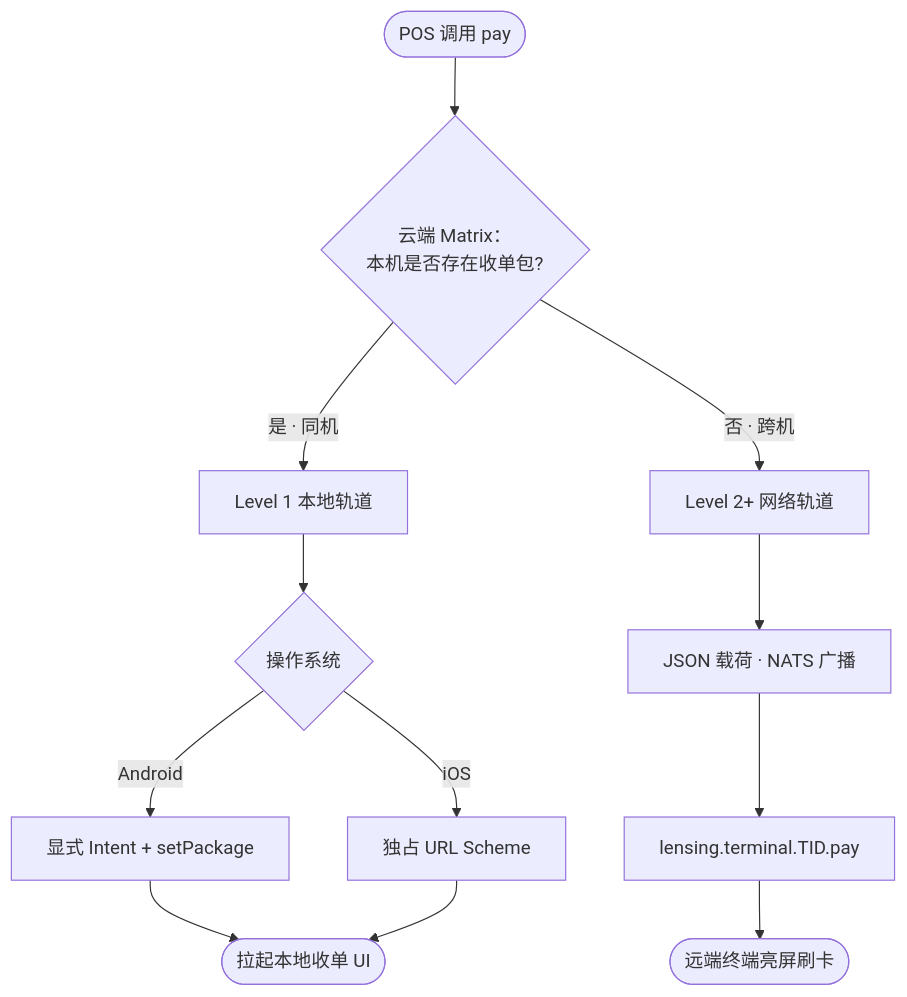
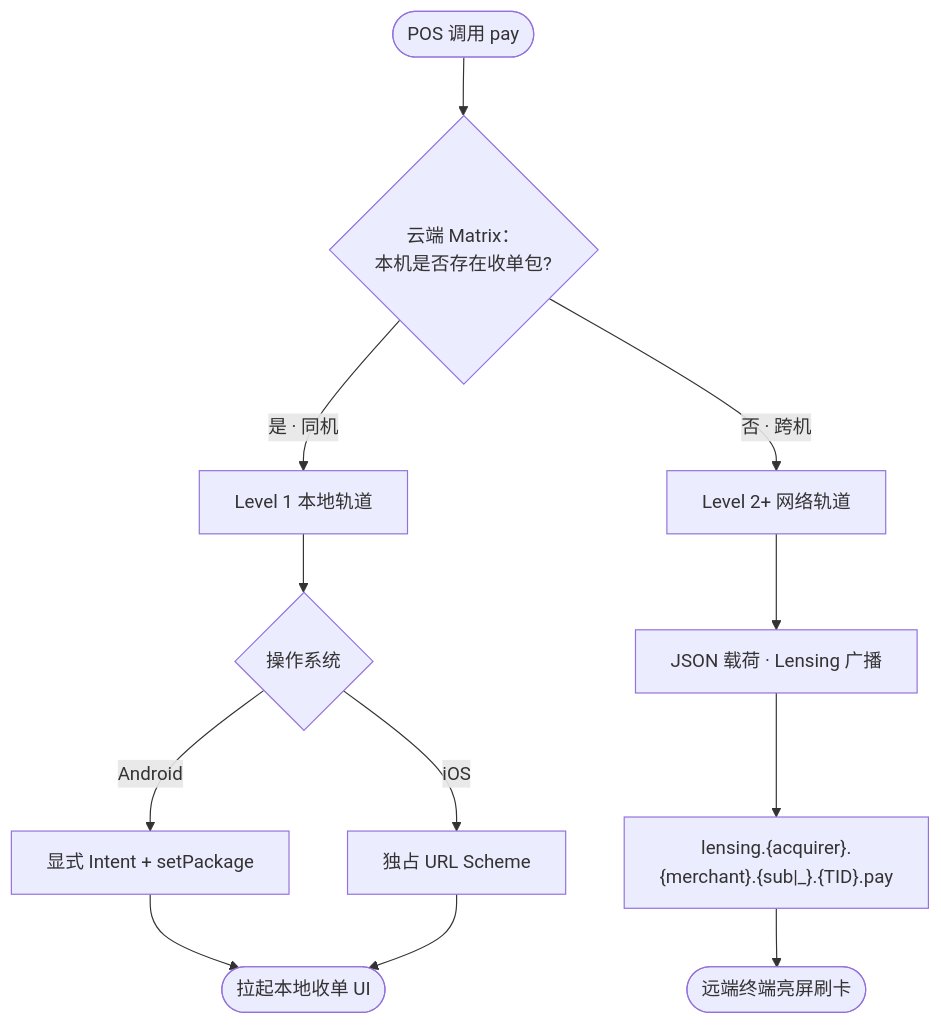
The second of 2 diagrams in README_cn.md (posrouter/protocol-specs), drawn with Mermaid before and after one commit. The commit also changed other lines of this file and 9 other files, not shown here.

````diff
--- a/README_cn.md
+++ b/README_cn.md
@@ -98,16 +99,16 @@
 ```mermaid
 graph TD
     Start(["POS 调用 pay"]) --> Check{"云端 Matrix：<br>本机是否存在收单包?"}
 
     Check -- "是 · 同机" --> LocalTrack["Level 1 本地轨道"]
     LocalTrack --> OS{"操作系统"}
     OS -- "Android" --> ExplicitIntent["显式 Intent + setPackage"]
     OS -- "iOS" --> AppScheme["独占 URL Scheme"]
     ExplicitIntent --> LaunchLocal([拉起本地收单 UI])
     AppScheme --> LaunchLocal
 
     Check -- "否 · 跨机" --> NetTrack["Level 2+ 网络轨道"]
-    NetTrack --> Envelope["JSON 载荷 · NATS 广播"]
-    Envelope --> Broadcast["lensing.terminal.TID.pay"]
+    NetTrack --> Envelope["JSON 载荷 · Lensing 广播"]
+    Envelope --> Broadcast["lensing.{acquirer}.{merchant}.{sub|_}.{TID}.pay"]
     Broadcast --> LaunchRemote([远端终端亮屏刷卡])
 ```
````
